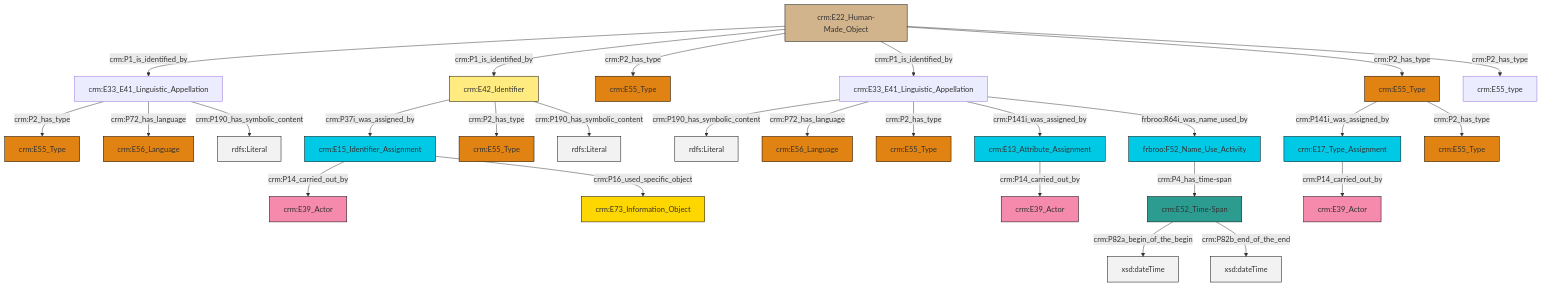
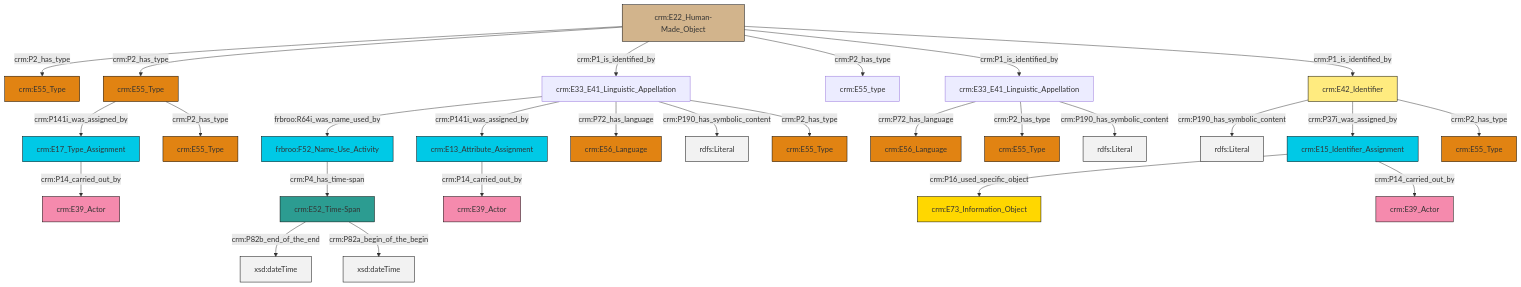
Before and after one commit to swiss-art-research-net/docs.swissartresearch: the diagram in et/builtWorkCSV/ttl/mmd/Built_Work_Names.ttl.mmd, drawn with Mermaid. The commit also changed 171 other files, not shown here.

```diff
--- a/et/builtWorkCSV/ttl/mmd/Built_Work_Names.ttl.mmd
+++ b/et/builtWorkCSV/ttl/mmd/Built_Work_Names.ttl.mmd
@@ -1,41 +1,41 @@
 graph TD
 classDef Literal fill:#f2f2f2,stroke:#000000;
 classDef CRM_Entity fill:#FFFFFF,stroke:#000000;
 classDef Temporal_Entity fill:#00C9E6, stroke:#000000;
 classDef Type fill:#E18312, stroke:#000000;
 classDef Time-Span fill:#2C9C91, stroke:#000000;
 classDef Appellation fill:#FFEB7F, stroke:#000000;
 classDef Place fill:#008836, stroke:#000000;
 classDef Persistent_Item fill:#B266B2, stroke:#000000;
 classDef Conceptual_Object fill:#FFD700, stroke:#000000;
 classDef Physical_Thing fill:#D2B48C, stroke:#000000;
 classDef Actor fill:#f58aad, stroke:#000000;
 classDef PC_Classes fill:#4ce600, stroke:#000000;
 classDef Multi fill:#cccccc,stroke:#000000;
 
-0["crm:E22_Human-Made_Object"]:::Physical_Thing -->|crm:P1_is_identified_by| 1["crm:E33_E41_Linguistic_Appellation"]:::Default
-4["crm:E33_E41_Linguistic_Appellation"]:::Default -->|crm:P190_has_symbolic_content| 5[rdfs:Literal]:::Literal
-0["crm:E22_Human-Made_Object"]:::Physical_Thing -->|crm:P1_is_identified_by| 6["crm:E42_Identifier"]:::Appellation
-15["frbroo:F52_Name_Use_Activity"]:::Temporal_Entity -->|crm:P4_has_time-span| 16["crm:E52_Time-Span"]:::Time-Span
-6["crm:E42_Identifier"]:::Appellation -->|crm:P37i_was_assigned_by| 21["crm:E15_Identifier_Assignment"]:::Temporal_Entity
-19["crm:E17_Type_Assignment"]:::Temporal_Entity -->|crm:P14_carried_out_by| 13["crm:E39_Actor"]:::Actor
-0["crm:E22_Human-Made_Object"]:::Physical_Thing -->|crm:P2_has_type| 9["crm:E55_Type"]:::Type
-1["crm:E33_E41_Linguistic_Appellation"]:::Default -->|crm:P2_has_type| 31["crm:E55_Type"]:::Type
-4["crm:E33_E41_Linguistic_Appellation"]:::Default -->|crm:P72_has_language| 28["crm:E56_Language"]:::Type
-4["crm:E33_E41_Linguistic_Appellation"]:::Default -->|crm:P2_has_type| 35["crm:E55_Type"]:::Type
-0["crm:E22_Human-Made_Object"]:::Physical_Thing -->|crm:P1_is_identified_by| 4["crm:E33_E41_Linguistic_Appellation"]:::Default
-1["crm:E33_E41_Linguistic_Appellation"]:::Default -->|crm:P72_has_language| 2["crm:E56_Language"]:::Type
-33["crm:E55_Type"]:::Type -->|crm:P141i_was_assigned_by| 19["crm:E17_Type_Assignment"]:::Temporal_Entity
-6["crm:E42_Identifier"]:::Appellation -->|crm:P2_has_type| 38["crm:E55_Type"]:::Type
-22["crm:E13_Attribute_Assignment"]:::Temporal_Entity -->|crm:P14_carried_out_by| 26["crm:E39_Actor"]:::Actor
-16["crm:E52_Time-Span"]:::Time-Span -->|crm:P82a_begin_of_the_begin| 42[xsd:dateTime]:::Literal
-0["crm:E22_Human-Made_Object"]:::Physical_Thing -->|crm:P2_has_type| 33["crm:E55_Type"]:::Type
-4["crm:E33_E41_Linguistic_Appellation"]:::Default -->|crm:P141i_was_assigned_by| 22["crm:E13_Attribute_Assignment"]:::Temporal_Entity
-21["crm:E15_Identifier_Assignment"]:::Temporal_Entity -->|crm:P14_carried_out_by| 17["crm:E39_Actor"]:::Actor
-4["crm:E33_E41_Linguistic_Appellation"]:::Default -->|frbroo:R64i_was_name_used_by| 15["frbroo:F52_Name_Use_Activity"]:::Temporal_Entity
-0["crm:E22_Human-Made_Object"]:::Physical_Thing -->|crm:P2_has_type| 44["crm:E55_type"]:::Default
-6["crm:E42_Identifier"]:::Appellation -->|crm:P190_has_symbolic_content| 46[rdfs:Literal]:::Literal
-1["crm:E33_E41_Linguistic_Appellation"]:::Default -->|crm:P190_has_symbolic_content| 47[rdfs:Literal]:::Literal
-16["crm:E52_Time-Span"]:::Time-Span -->|crm:P82b_end_of_the_end| 48[xsd:dateTime]:::Literal
-21["crm:E15_Identifier_Assignment"]:::Temporal_Entity -->|crm:P16_used_specific_object| 7["crm:E73_Information_Object"]:::Conceptual_Object
-33["crm:E55_Type"]:::Type -->|crm:P2_has_type| 11["crm:E55_Type"]:::Type
+0["crm:E33_E41_Linguistic_Appellation"]:::Default -->|frbroo:R64i_was_name_used_by| 1["frbroo:F52_Name_Use_Activity"]:::Temporal_Entity
+2["crm:E22_Human-Made_Object"]:::Physical_Thing -->|crm:P2_has_type| 3["crm:E55_Type"]:::Type
+1["frbroo:F52_Name_Use_Activity"]:::Temporal_Entity -->|crm:P4_has_time-span| 4["crm:E52_Time-Span"]:::Time-Span
+2["crm:E22_Human-Made_Object"]:::Physical_Thing -->|crm:P2_has_type| 7["crm:E55_Type"]:::Type
+7["crm:E55_Type"]:::Type -->|crm:P141i_was_assigned_by| 8["crm:E17_Type_Assignment"]:::Temporal_Entity
+2["crm:E22_Human-Made_Object"]:::Physical_Thing -->|crm:P1_is_identified_by| 0["crm:E33_E41_Linguistic_Appellation"]:::Default
+2["crm:E22_Human-Made_Object"]:::Physical_Thing -->|crm:P2_has_type| 11["crm:E55_type"]:::Default
+4["crm:E52_Time-Span"]:::Time-Span -->|crm:P82b_end_of_the_end| 20[xsd:dateTime]:::Literal
+2["crm:E22_Human-Made_Object"]:::Physical_Thing -->|crm:P1_is_identified_by| 23["crm:E33_E41_Linguistic_Appellation"]:::Default
+0["crm:E33_E41_Linguistic_Appellation"]:::Default -->|crm:P141i_was_assigned_by| 21["crm:E13_Attribute_Assignment"]:::Temporal_Entity
+9["crm:E42_Identifier"]:::Appellation -->|crm:P190_has_symbolic_content| 24[rdfs:Literal]:::Literal
+23["crm:E33_E41_Linguistic_Appellation"]:::Default -->|crm:P72_has_language| 25["crm:E56_Language"]:::Type
+8["crm:E17_Type_Assignment"]:::Temporal_Entity -->|crm:P14_carried_out_by| 28["crm:E39_Actor"]:::Actor
+0["crm:E33_E41_Linguistic_Appellation"]:::Default -->|crm:P72_has_language| 16["crm:E56_Language"]:::Type
+4["crm:E52_Time-Span"]:::Time-Span -->|crm:P82a_begin_of_the_begin| 34[xsd:dateTime]:::Literal
+9["crm:E42_Identifier"]:::Appellation -->|crm:P37i_was_assigned_by| 37["crm:E15_Identifier_Assignment"]:::Temporal_Entity
+2["crm:E22_Human-Made_Object"]:::Physical_Thing -->|crm:P1_is_identified_by| 9["crm:E42_Identifier"]:::Appellation
+23["crm:E33_E41_Linguistic_Appellation"]:::Default -->|crm:P2_has_type| 14["crm:E55_Type"]:::Type
+7["crm:E55_Type"]:::Type -->|crm:P2_has_type| 26["crm:E55_Type"]:::Type
+37["crm:E15_Identifier_Assignment"]:::Temporal_Entity -->|crm:P16_used_specific_object| 5["crm:E73_Information_Object"]:::Conceptual_Object
+0["crm:E33_E41_Linguistic_Appellation"]:::Default -->|crm:P190_has_symbolic_content| 42[rdfs:Literal]:::Literal
+23["crm:E33_E41_Linguistic_Appellation"]:::Default -->|crm:P190_has_symbolic_content| 44[rdfs:Literal]:::Literal
+0["crm:E33_E41_Linguistic_Appellation"]:::Default -->|crm:P2_has_type| 18["crm:E55_Type"]:::Type
+37["crm:E15_Identifier_Assignment"]:::Temporal_Entity -->|crm:P14_carried_out_by| 48["crm:E39_Actor"]:::Actor
+21["crm:E13_Attribute_Assignment"]:::Temporal_Entity -->|crm:P14_carried_out_by| 12["crm:E39_Actor"]:::Actor
+9["crm:E42_Identifier"]:::Appellation -->|crm:P2_has_type| 46["crm:E55_Type"]:::Type
```
